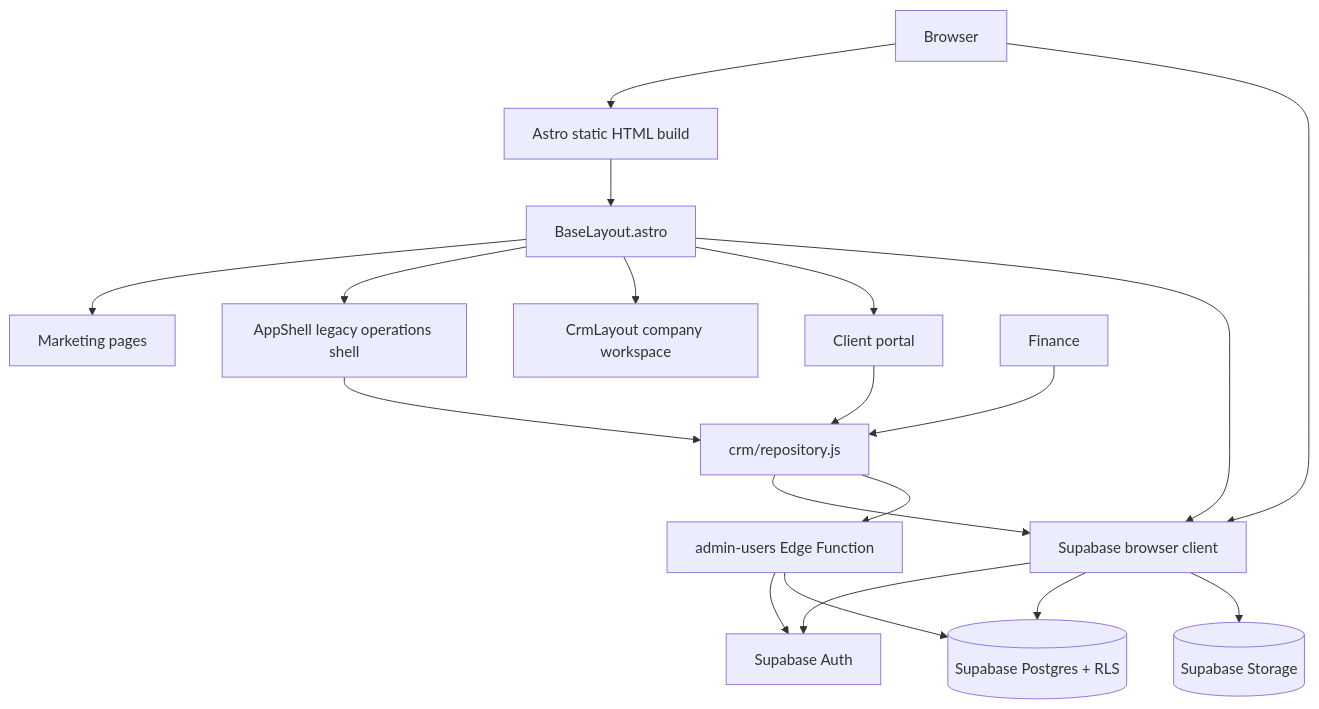
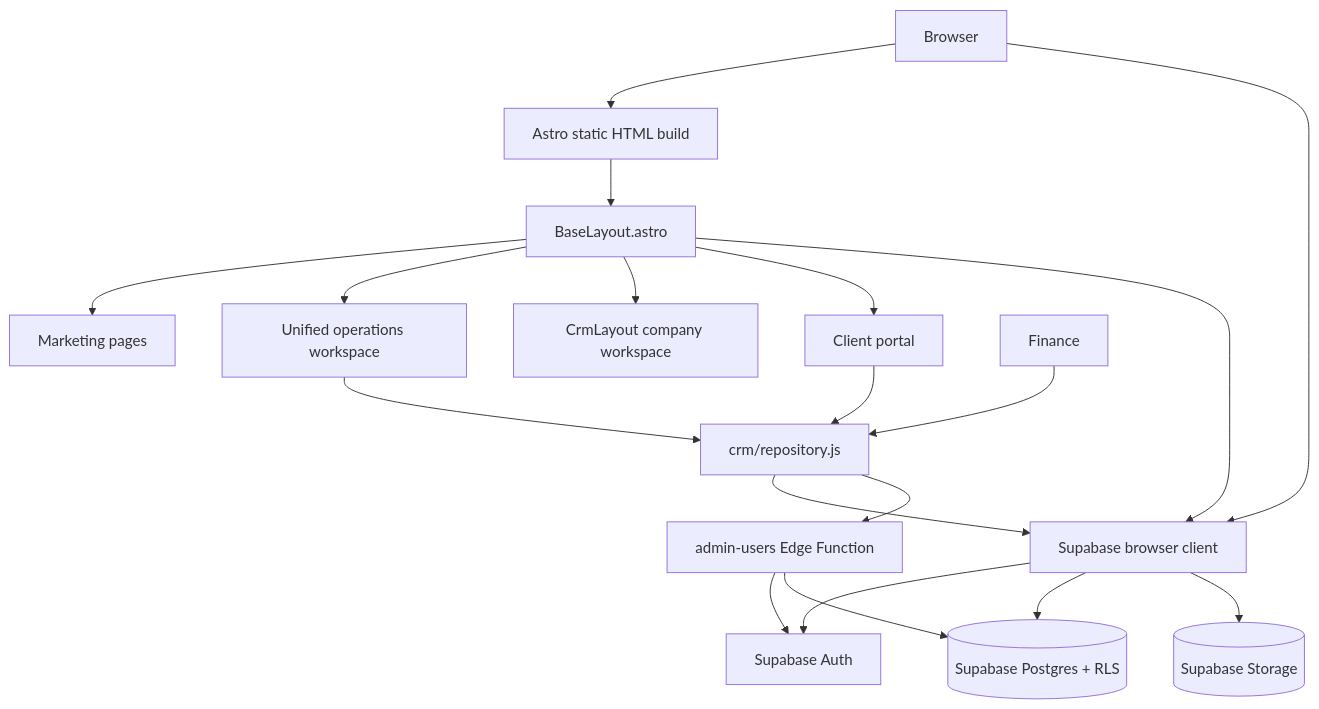
Before and after one commit to techmigosglobal/TechmigosWebsite: the first of 2 diagrams in CODEBASE.md, drawn with Mermaid. The commit also changed other lines of this file and 162 other files, not shown here.

Commit message:
Complete authenticated operations workspace modernization

````diff
--- a/CODEBASE.md
+++ b/CODEBASE.md
@@ -45,35 +45,35 @@
 ```mermaid
 flowchart TD
     Browser[Browser]
     Astro[Astro static HTML build]
     Base[BaseLayout.astro]
     Marketing[Marketing pages]
-    Legacy[AppShell legacy operations shell]
+    Operations[Unified operations workspace]
     CompanyCRM[CrmLayout company workspace]
     Client[Client portal]
     SupabaseJS[Supabase browser client]
     Repository[crm/repository.js]
     Auth[Supabase Auth]
     DB[(Supabase Postgres + RLS)]
     Storage[(Supabase Storage)]
     Edge[admin-users Edge Function]
 
     Astro --> Base
     Base --> Marketing
-    Base --> Legacy
+    Base --> Operations
     Base --> CompanyCRM
     Base --> Client
     Base --> SupabaseJS
     Browser --> Astro
     Browser --> SupabaseJS
-    Legacy --> Repository
+    Operations --> Repository
     Finance --> Repository
     Client --> Repository
     SupabaseJS --> Auth
     SupabaseJS --> DB
     SupabaseJS --> Storage
     Repository --> SupabaseJS
     Repository --> Edge
     Edge --> Auth
     Edge --> DB
 ```
````
